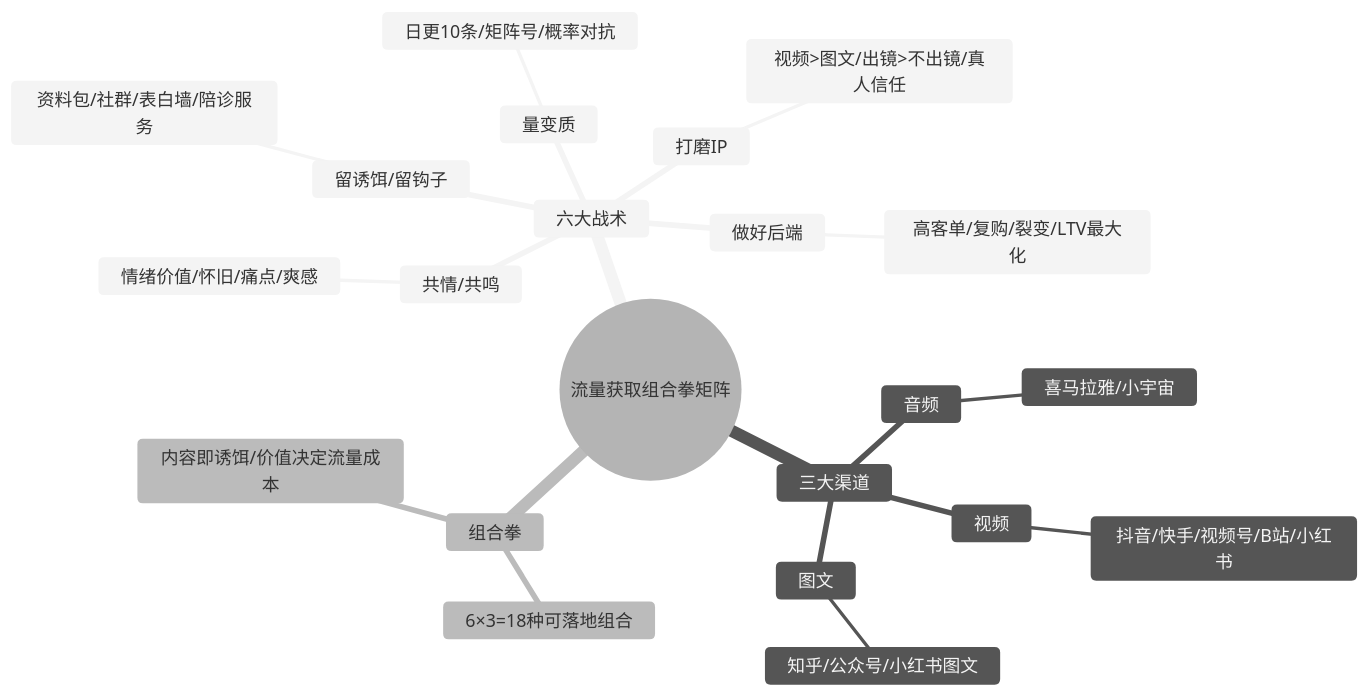
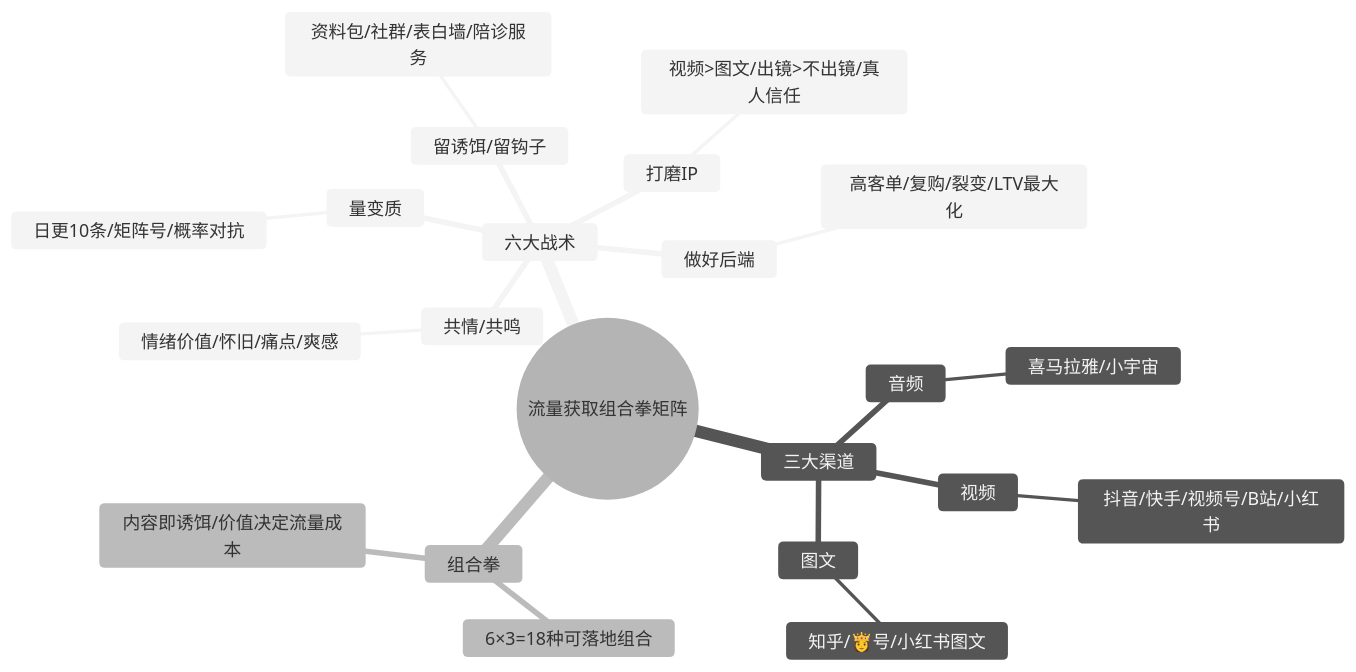
Before and after one commit to OpenDocCN1/flygon-zhuanqian-zhoubao: diagram 17 of 19 in docs/202303_paper2textbook/asset/body_fix_2a77581c5af5cacf2c736ac308a8f564_3cf5f28d6ee5ee42b85c8e2c18b9bac8_511abf36cee83a33a8e237d69215a3fd_b45ecdf777756e9875ab13be7b2caeb9.md, drawn with Mermaid (neutral theme). The commit also changed other lines of this file and 6688 other files, not shown here.

````diff
--- a/docs/202303_paper2textbook/asset/body_fix_2a77581c5af5cacf2c736ac308a8f564_3cf5f28d6ee5ee42b85c8e2c18b9bac8_511abf36cee83a33a8e237d69215a3fd_b45ecdf777756e9875ab13be7b2caeb9.md
+++ b/docs/202303_paper2textbook/asset/body_fix_2a77581c5af5cacf2c736ac308a8f564_3cf5f28d6ee5ee42b85c8e2c18b9bac8_511abf36cee83a33a8e237d69215a3fd_b45ecdf777756e9875ab13be7b2caeb9.md
@@ -929,25 +929,25 @@
 ```mermaid
 mindmap
   root((流量获取组合拳矩阵))
     六大战术
       留诱饵/留钩子
         资料包/社群/表白墙/陪诊服务
       共情/共鸣
         情绪价值/怀旧/痛点/爽感
       量变质
         日更10条/矩阵号/概率对抗
       打磨IP
         视频>图文/出镜>不出镜/真人信任
       做好后端
         高客单/复购/裂变/LTV最大化
     三大渠道
       音频
         喜马拉雅/小宇宙
       视频
         抖音/快手/视频号/B站/小红书
       图文
-        知乎/公众号/小红书图文
+        知乎/👸号/小红书图文
     组合拳
       6×3=18种可落地组合
       内容即诱饵/价值决定流量成本
 ```
````
